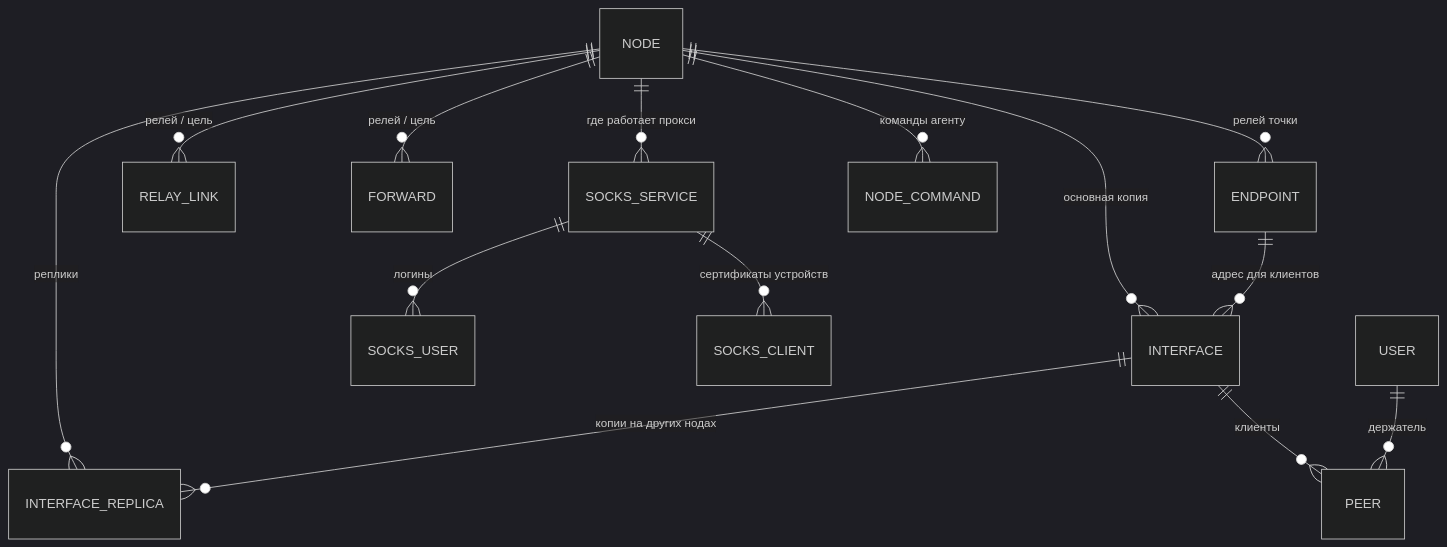
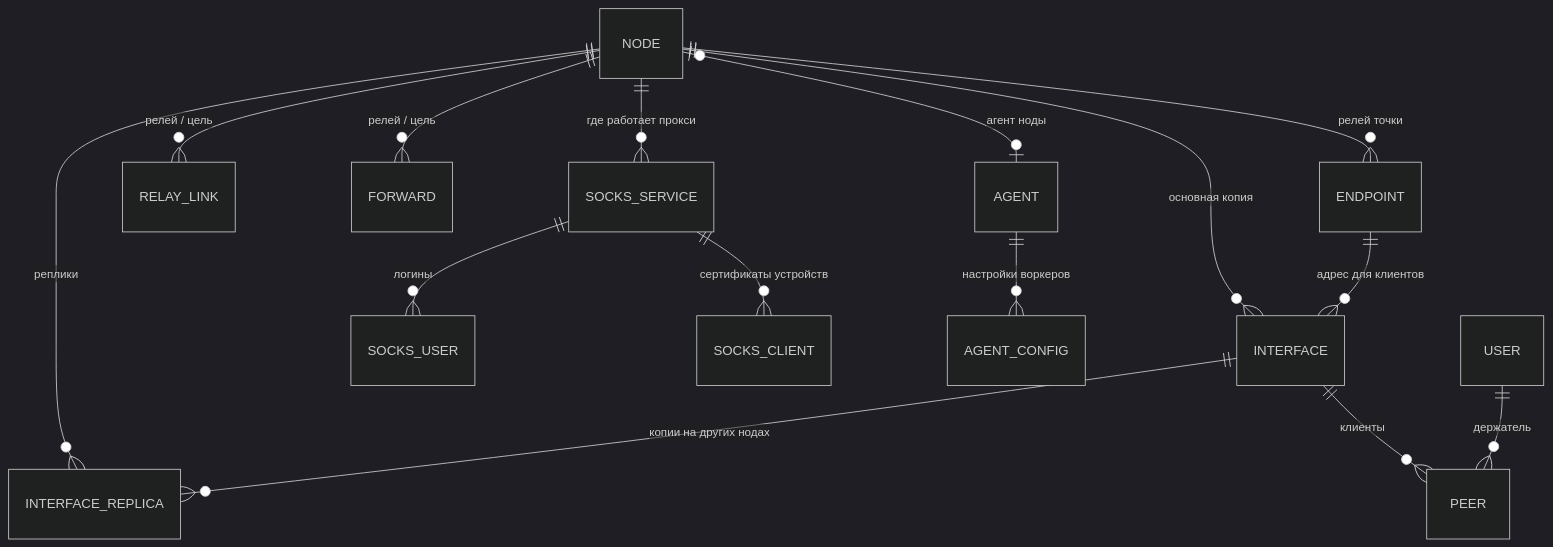
Before and after one commit to epifanovmd/wg-admin-api: the second of 9 diagrams in docs/WIREGUARD.md, drawn with Mermaid (dark theme). The commit also changed other lines of this file and 252 other files, not shown here.

Commit message:
feat(agent): переход на agent 1.1.0 — воркеры wg и socks по HTTP, модуль агента, ноды через агента, выпуск агента из GitHub

````diff
--- a/docs/WIREGUARD.md
+++ b/docs/WIREGUARD.md
@@ -71,16 +78,17 @@
 ```mermaid
 erDiagram
   NODE ||--o{ INTERFACE : "основная копия"
   NODE ||--o{ INTERFACE_REPLICA : "реплики"
   INTERFACE ||--o{ INTERFACE_REPLICA : "копии на других нодах"
   INTERFACE ||--o{ PEER : "клиенты"
   ENDPOINT ||--o{ INTERFACE : "адрес для клиентов"
   NODE ||--o{ ENDPOINT : "релей точки"
   NODE ||--o{ RELAY_LINK : "релей / цель"
   NODE ||--o{ FORWARD : "релей / цель"
   NODE ||--o{ SOCKS_SERVICE : "где работает прокси"
   SOCKS_SERVICE ||--o{ SOCKS_USER : "логины"
   SOCKS_SERVICE ||--o{ SOCKS_CLIENT : "сертификаты устройств"
-  NODE ||--o{ NODE_COMMAND : "команды агенту"
+  NODE |o--o| AGENT : "агент ноды"
+  AGENT ||--o{ AGENT_CONFIG : "настройки воркеров"
   USER ||--o{ PEER : "держатель"
 ```
````
